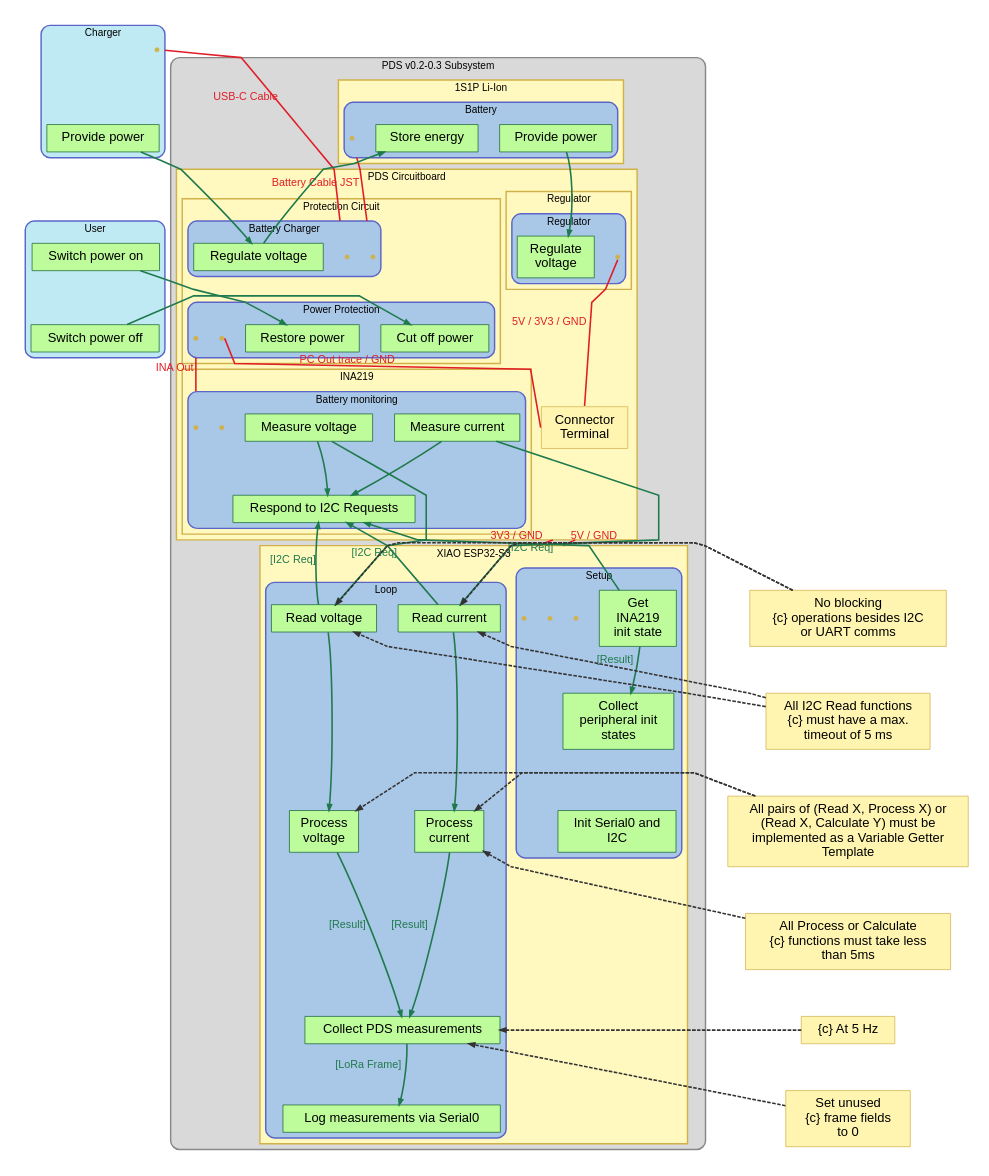
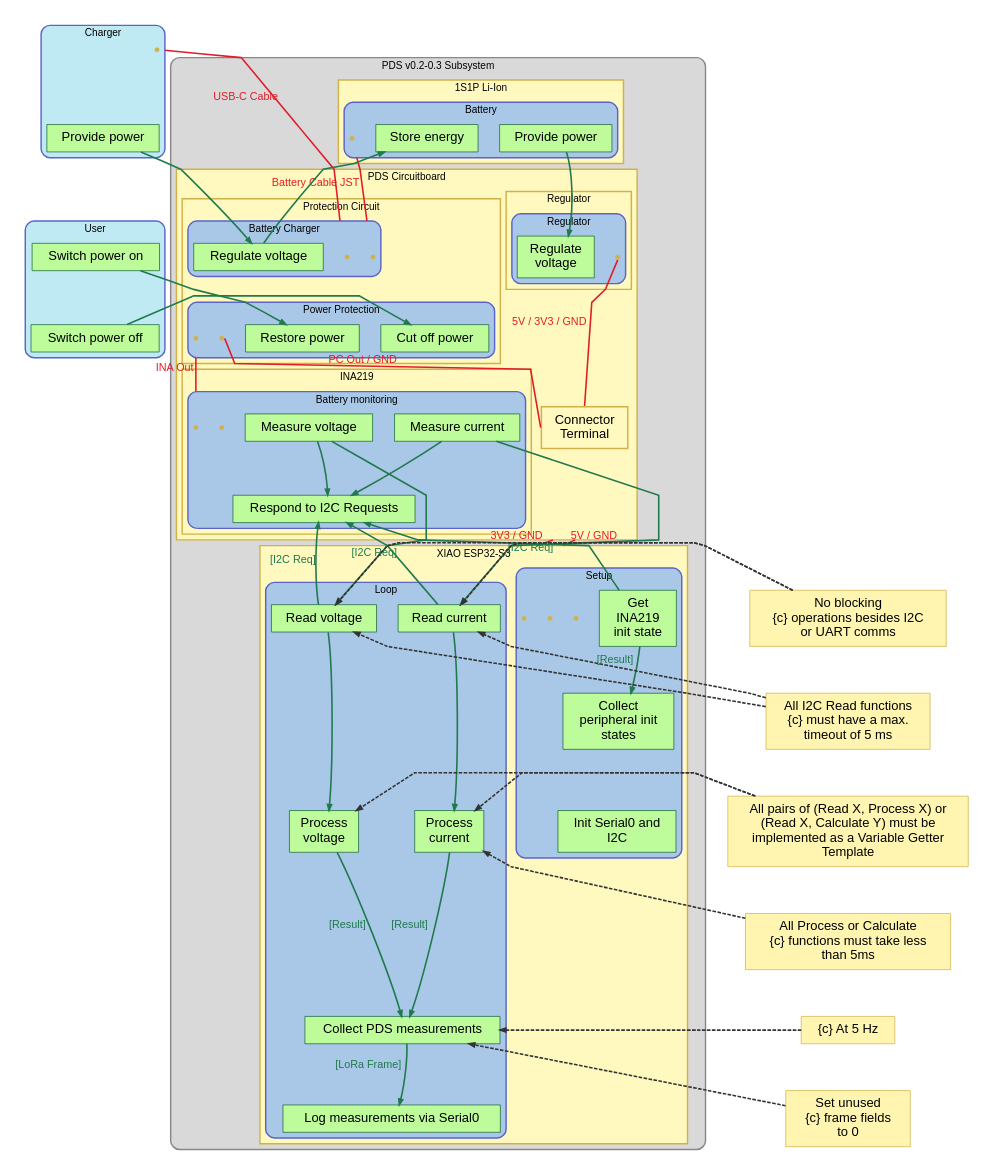
Before and after one commit to DeltaLabo/CanSatWorkshop: the diagram in PDS/PDS_v0.2.dot, drawn with Graphviz. The commit also changed 2 other files, not shown here.

```diff
--- a/PDS/PDS_v0.2.dot
+++ b/PDS/PDS_v0.2.dot
@@ -125,7 +125,7 @@
         }
       }
 
-      connector_terminal [label="Connector\nTerminal", fillcolor="#FFF5B0", color="#D1B24A"];
+      connector_terminal [label="Connector\nTerminal", fillcolor="#FFF8BF", color="#D1B24A", penwidth=2];
 
       subgraph cluster_ina219 {
         label="INA219";
@@ -307,7 +307,7 @@
     headport=nw
   ];
   protection_pc_out -> connector_terminal [
-    xlabel="PC Out trace / GND",
+    xlabel="PC Out / GND",
     color="#E11D28",
     fontcolor="#E11D28",
     constraint=false,
```
